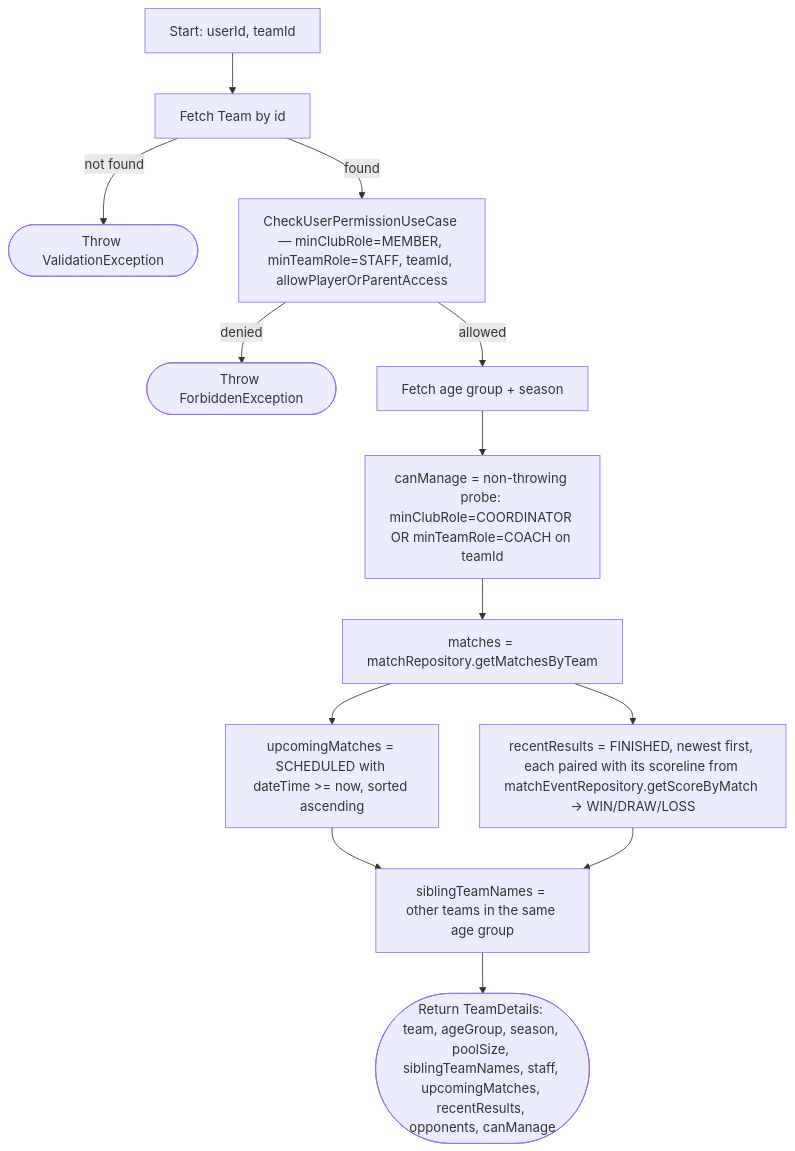
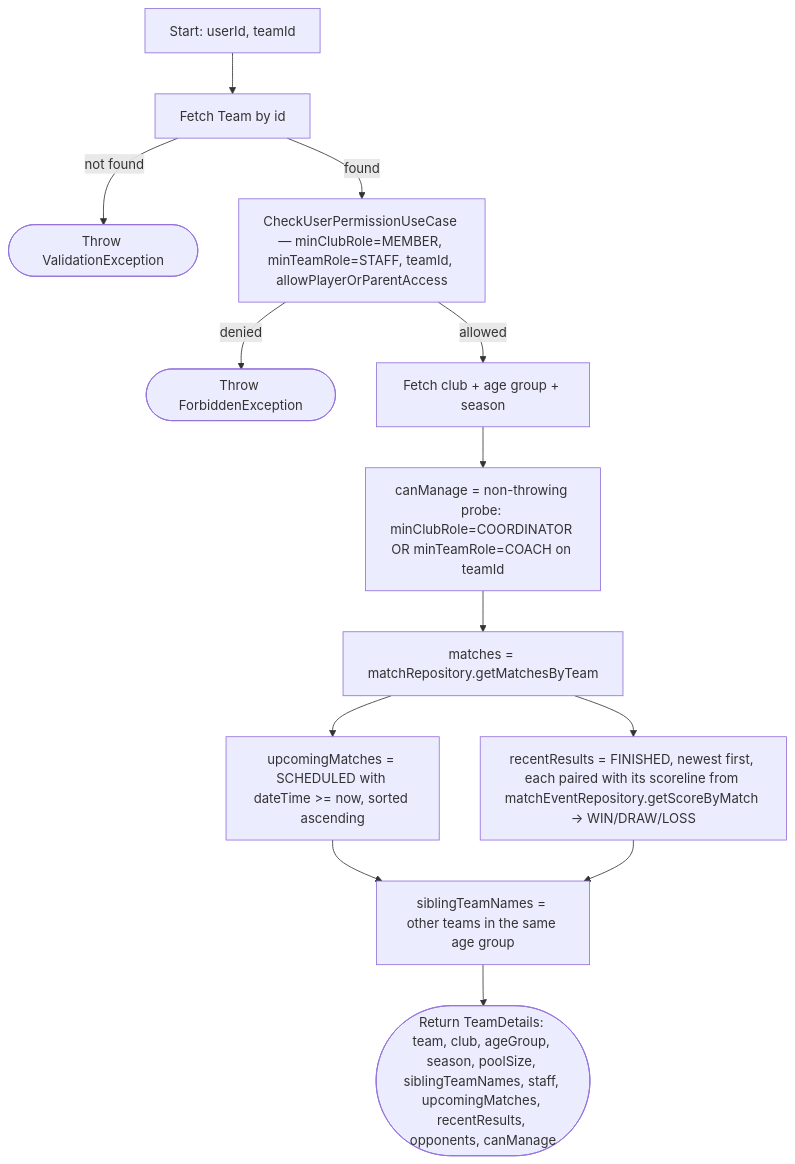
Diagram 22 of 39 in PROCESS_FLOWS.md (ricardofrango/squadify), drawn with Mermaid before and after one commit. The commit also changed other lines of this file and 21 other files, not shown here.

````diff
--- a/PROCESS_FLOWS.md
+++ b/PROCESS_FLOWS.md
@@ -408,15 +408,15 @@
 ```mermaid
 graph TD
     A[Start: userId, teamId] --> B[Fetch Team by id]
     B -- not found --> N(["Throw ValidationException"])
     B -- found --> C[CheckUserPermissionUseCase — minClubRole=MEMBER, minTeamRole=STAFF, teamId, allowPlayerOrParentAccess]
     C -- denied --> F(["Throw ForbiddenException"])
-    C -- allowed --> D[Fetch age group + season]
+    C -- allowed --> D[Fetch club + age group + season]
     D --> G["canManage = non-throwing probe: minClubRole=COORDINATOR OR minTeamRole=COACH on teamId"]
     G --> H[matches = matchRepository.getMatchesByTeam]
     H --> I["upcomingMatches = SCHEDULED with dateTime >= now, sorted ascending"]
     H --> J["recentResults = FINISHED, newest first, each paired with its scoreline from matchEventRepository.getScoreByMatch → WIN/DRAW/LOSS"]
     I --> K[siblingTeamNames = other teams in the same age group]
     J --> K
-    K --> Z(["Return TeamDetails: team, ageGroup, season, poolSize, siblingTeamNames, staff, upcomingMatches, recentResults, opponents, canManage"])
+    K --> Z(["Return TeamDetails: team, club, ageGroup, season, poolSize, siblingTeamNames, staff, upcomingMatches, recentResults, opponents, canManage"])
 ```
````
